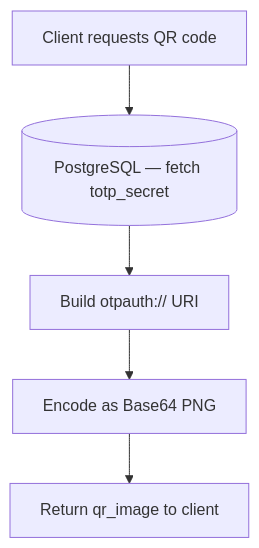
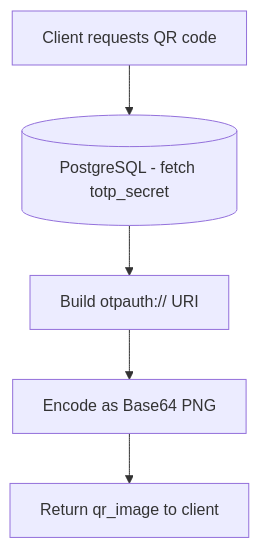
One commit to muhammadhussnainsaeed/bootcamp-2026-mfa-gate changed the fifth of 5 diagrams in docs/architecture.md. Above: the diagram before and after it, drawn with Mermaid. The commit also changed other lines of this file and 3 other files, not shown here.

````diff
--- a/docs/architecture.md
+++ b/docs/architecture.md
@@ -78,7 +84,7 @@
 ```mermaid
 flowchart TD
-    Q1[Client requests QR code] --> Q2[(PostgreSQL — fetch totp_secret)]
+    Q1[Client requests QR code] --> Q2[(PostgreSQL - fetch totp_secret)]
     Q2 --> Q3[Build otpauth:// URI]
     Q3 --> Q4[Encode as Base64 PNG]
     Q4 --> Q5[Return qr_image to client]
 ```
````
